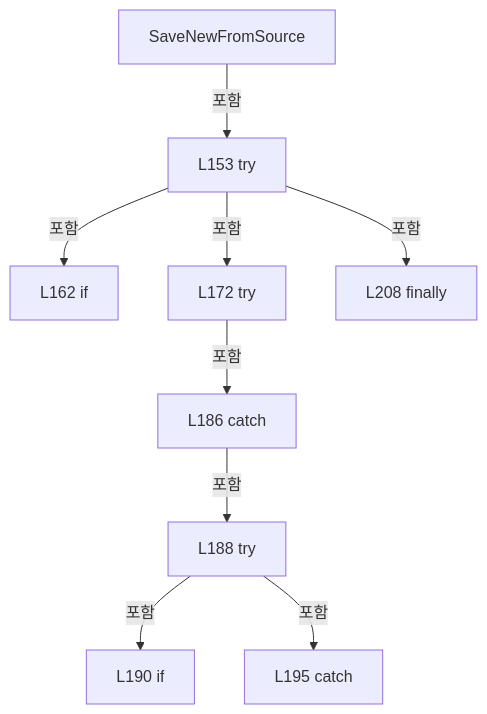
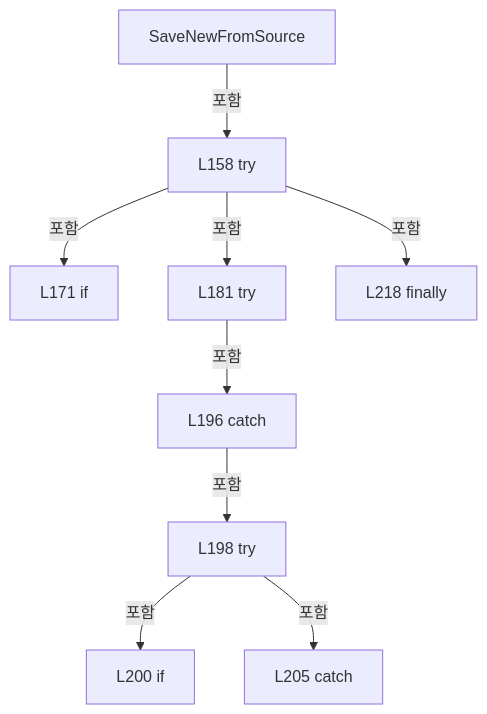
The fifth of 19 diagrams in A3 LD Code Ref/files/Drilling.File/ReviewOffset/CReviewOffsetFile.cs.md (kjuws10-rgb/Shared), drawn with Mermaid before and after one commit. The commit also changed other lines of this file and 2071 other files, not shown here.

Commit message:
docs(a3): update 11.19.0 architecture and code reference

````diff
--- a/A3 LD Code Ref/files/Drilling.File/ReviewOffset/CReviewOffsetFile.cs.md
+++ b/A3 LD Code Ref/files/Drilling.File/ReviewOffset/CReviewOffsetFile.cs.md
@@ -741,20 +762,20 @@
 ```mermaid
 flowchart TD
  M["SaveNewFromSource"]
- N0["L153 try"]
+ N0["L158 try"]
  M -->|포함| N0
- N1["L162 if"]
+ N1["L171 if"]
  N0 -->|포함| N1
- N2["L172 try"]
+ N2["L181 try"]
  N0 -->|포함| N2
- N3["L186 catch"]
+ N3["L196 catch"]
  N2 -->|포함| N3
- N4["L188 try"]
+ N4["L198 try"]
  N3 -->|포함| N4
- N5["L190 if"]
+ N5["L200 if"]
  N4 -->|포함| N5
- N6["L195 catch"]
+ N6["L205 catch"]
  N4 -->|포함| N6
- N7["L208 finally"]
+ N7["L218 finally"]
  N0 -->|포함| N7
 ```
````
